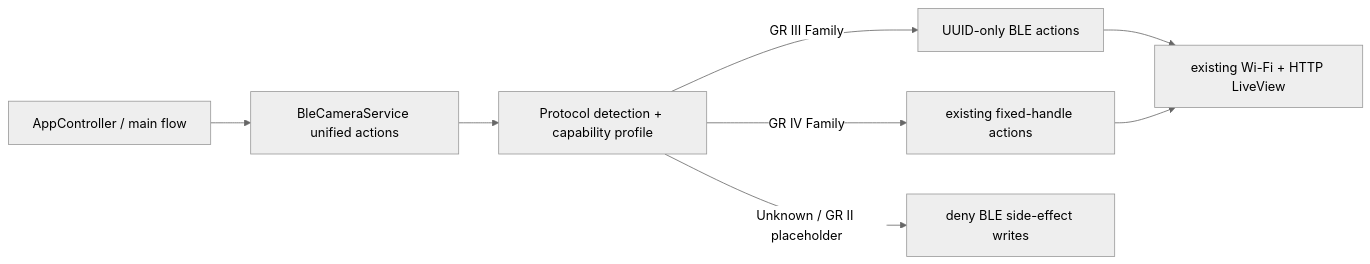
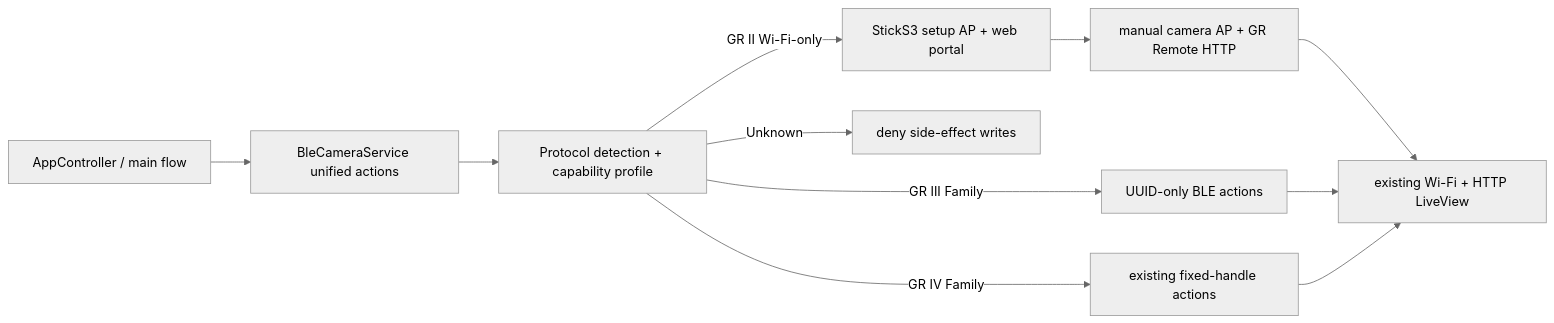
The diagram in docs/project_overview.md (sky18Dragon/RICOH-GR-Live-View-Shooting), drawn with Mermaid (neutral theme) before and after one commit. The commit also changed other lines of this file and 27 other files, not shown here.

````diff
--- a/docs/project_overview.md
+++ b/docs/project_overview.md
@@ -9,10 +9,13 @@
 ```mermaid
 flowchart LR
   APP["AppController / main flow"] --> SVC["BleCameraService unified actions"]
   SVC --> DET["Protocol detection + capability profile"]
   DET -->|"GR III Family"| G3["UUID-only BLE actions"]
   DET -->|"GR IV Family"| G4["existing fixed-handle actions"]
-  DET -->|"Unknown / GR II placeholder"| DENY["deny BLE side-effect writes"]
+  DET -->|"GR II Wi-Fi-only"| PORTAL["StickS3 setup AP + web portal"]
+  PORTAL --> G2["manual camera AP + GR Remote HTTP"]
+  DET -->|"Unknown"| DENY["deny side-effect writes"]
+  G2 --> WIFI
   G3 --> WIFI["existing Wi-Fi + HTTP LiveView"]
   G4 --> WIFI
 ```
````
